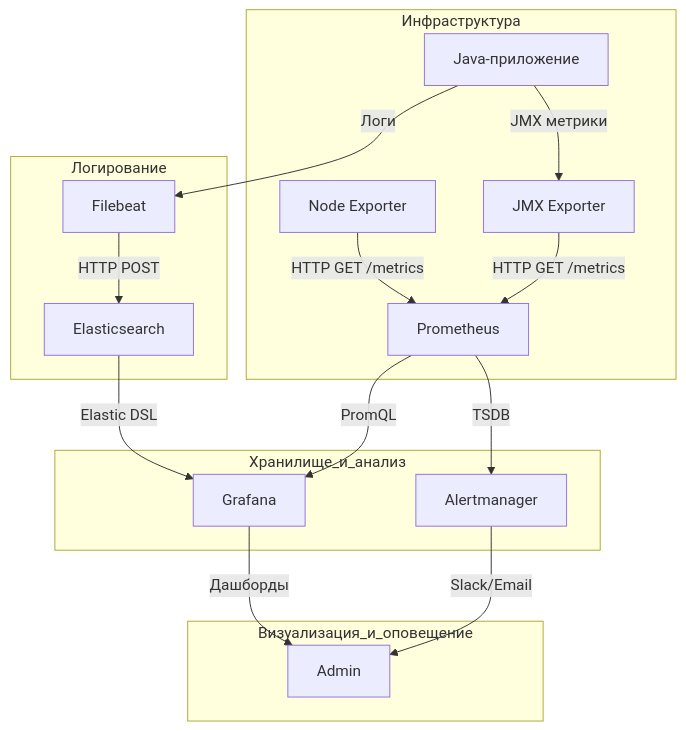
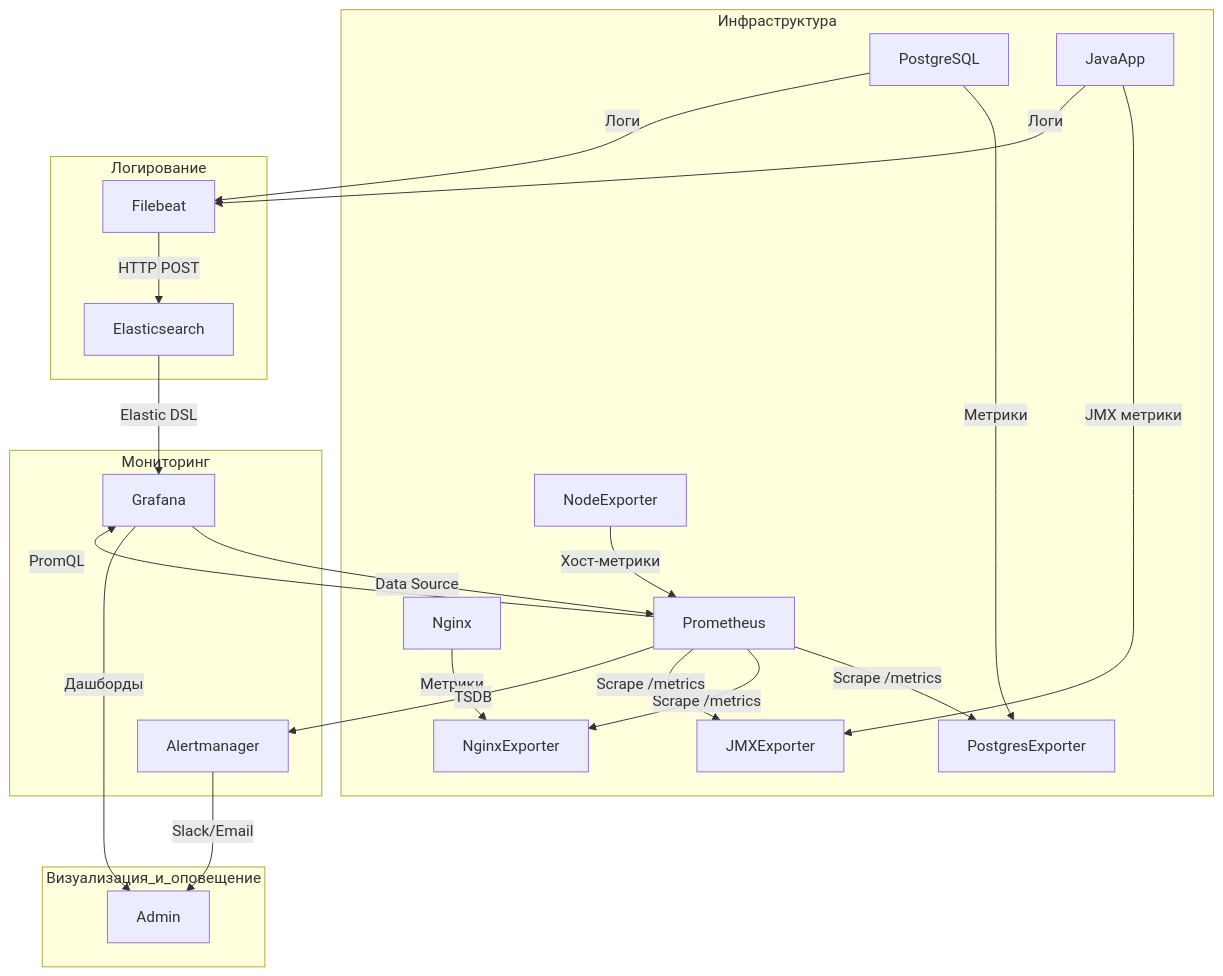
One commit to lamjob1993/linux-monitoring changed the diagram in Introduction_monitoring/README.md. Above: the diagram before and after it, drawn with Mermaid. The commit also changed other lines of this file, not shown here.

````diff
--- a/Introduction_monitoring/README.md
+++ b/Introduction_monitoring/README.md
@@ -54,24 +68,30 @@
 ```mermaid
 flowchart TD
     subgraph Инфраструктура
-        NodeExporter[Node Exporter] -->|HTTP GET /metrics| Prometheus
-        JavaApp[Java-приложение] -->|JMX метрики| JMXExporter[JMX Exporter]
-        JMXExporter -->|HTTP GET /metrics| Prometheus
+        PostgreSQL -->|Метрики| PostgresExporter
+        Nginx -->|Метрики| NginxExporter
+        JavaApp -->|JMX метрики| JMXExporter
+        NodeExporter -->|Хост-метрики| Prometheus
     end
 
-    subgraph Хранилище_и_анализ
+    subgraph Мониторинг
+        Prometheus -->|Scrape /metrics| PostgresExporter
+        Prometheus -->|Scrape /metrics| NginxExporter
+        Prometheus -->|Scrape /metrics| JMXExporter
         Prometheus -->|TSDB| Alertmanager
         Prometheus -->|PromQL| Grafana
     end
 
     subgraph Визуализация_и_оповещение
+        Grafana -->|Data Source| Prometheus
         Grafana -->|Дашборды| Admin
         Alertmanager -->|Slack/Email| Admin
     end
 
     subgraph Логирование
         JavaApp -->|Логи| Filebeat
+        PostgreSQL -->|Логи| Filebeat
         Filebeat -->|HTTP POST| Elasticsearch
         Elasticsearch -->|Elastic DSL| Grafana
     end
 ```
````
